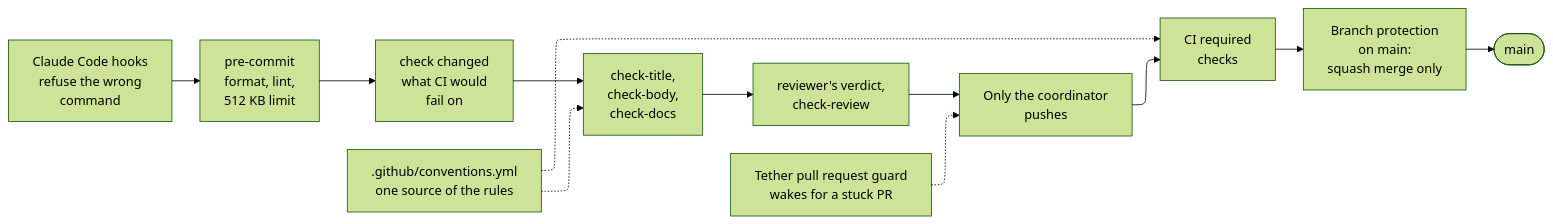
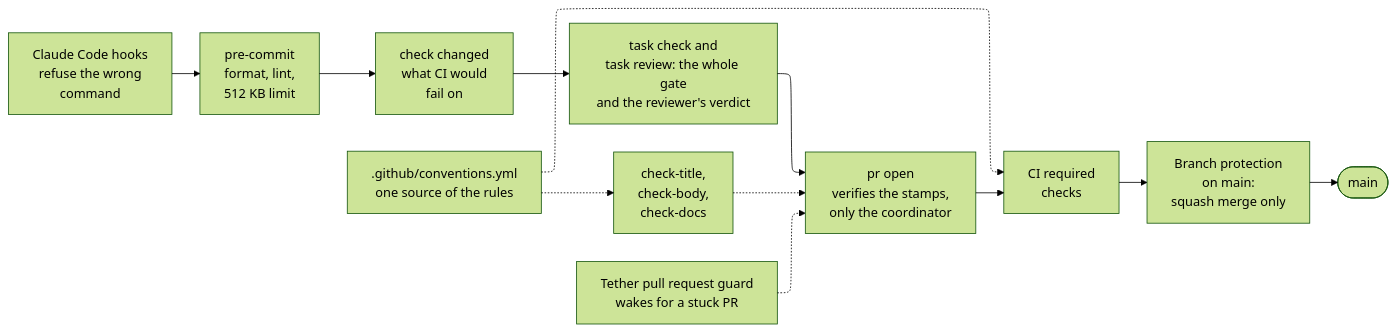
The third of 3 diagrams in docs/guides/how-we-work.md (Ryubara/coney), drawn with Mermaid (forest theme) before and after one commit. The commit also changed other lines of this file and 3 other files, not shown here.

````diff
--- a/docs/guides/how-we-work.md
+++ b/docs/guides/how-we-work.md
@@ -502,18 +554,18 @@
 ```mermaid
 ---
 config:
   layout: elk
 ---
 flowchart LR
   hooks["Claude Code hooks<br/>refuse the wrong<br/>command"] --> pre["pre-commit<br/>format, lint,<br/>512 KB limit"]
   pre --> gate["check changed<br/>what CI would<br/>fail on"]
-  gate --> text["check-title,<br/>check-body,<br/>check-docs"]
-  text --> stamp["reviewer's verdict,<br/>check-review"]
-  stamp --> push["Only the coordinator<br/>pushes"]
+  gate --> stamp["task check and<br/>task review: the whole gate<br/>and the reviewer's verdict"]
+  stamp --> push["pr open<br/>verifies the stamps,<br/>only the coordinator"]
   push --> ci["CI required<br/>checks"]
   ci --> rules["Branch protection<br/>on main:<br/>squash merge only"]
   rules --> main(["main"])
+  text["check-title,<br/>check-body,<br/>check-docs"] -.-> push
   tether["Tether pull request guard<br/>wakes for a stuck PR"] -.-> push
   conv[".github/conventions.yml<br/>one source of the rules"] -.-> text
   conv -.-> ci
 ```
````
